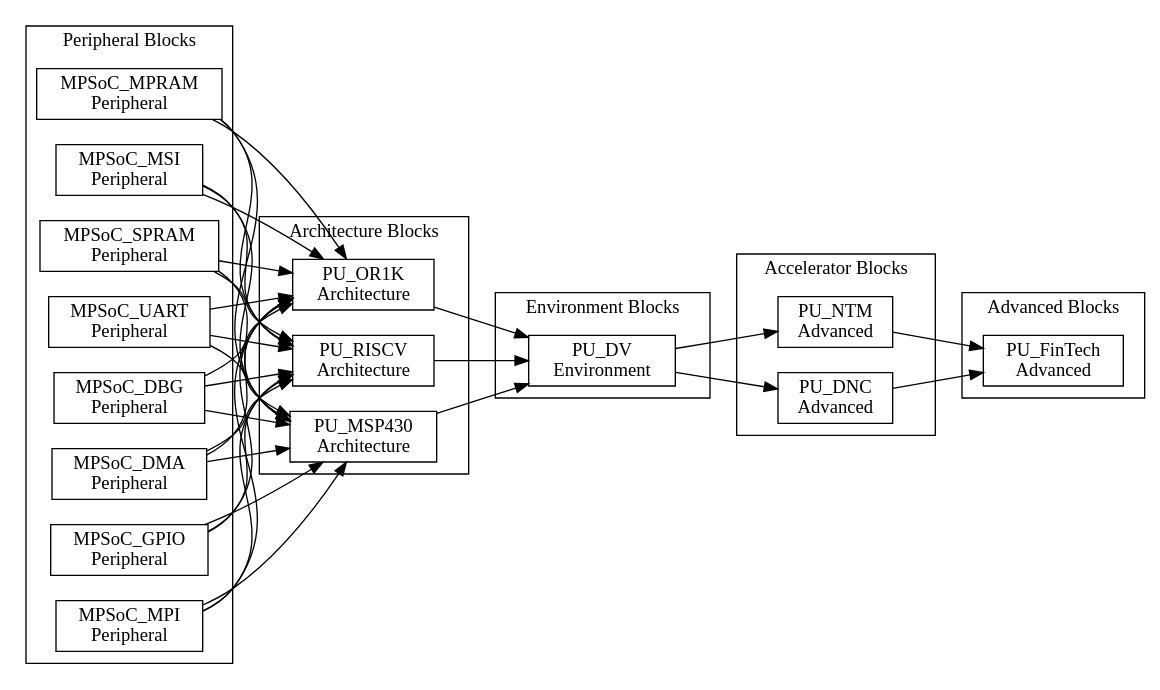
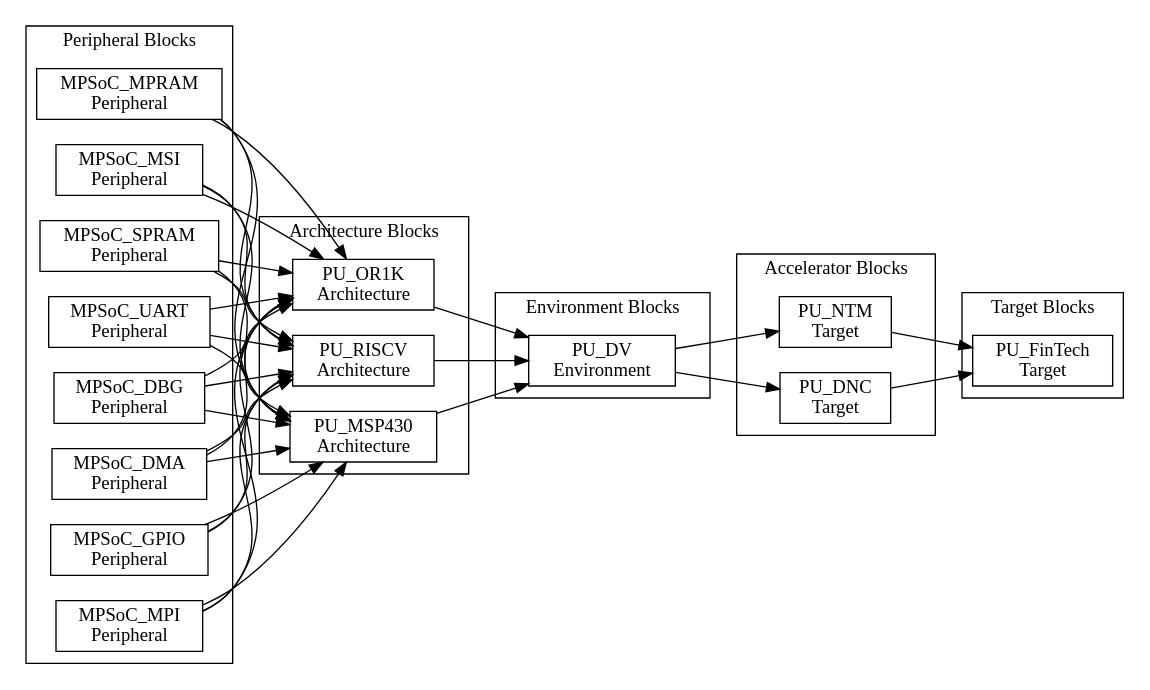
One commit to PacoReinaCampo/SoC-RTOS changed the diagram in doc/book/assets/chapter4/dependences-pu-fintech.dot. Above: the diagram before and after it, drawn with Graphviz. The commit also changed 244 other files, not shown here.

```diff
--- a/doc/book/assets/chapter4/dependences-pu-fintech.dot
+++ b/doc/book/assets/chapter4/dependences-pu-fintech.dot
@@ -1,80 +1,80 @@
 digraph Project {
   // Introduction
   graph [rankdir = LR];
   node[shape=record];
 
   // Peripheral Blocks
   subgraph "cluster PeripheralBlocks" { label = "Peripheral Blocks";
     MPSoC_DBG[label="MPSoC_DBG \nPeripheral"];
     MPSoC_DMA[label="MPSoC_DMA \nPeripheral"];
     MPSoC_GPIO[label="MPSoC_GPIO \nPeripheral"];
     MPSoC_MPI[label="MPSoC_MPI \nPeripheral"];
     MPSoC_MPRAM[label="MPSoC_MPRAM \nPeripheral"];
     MPSoC_MSI[label="MPSoC_MSI \nPeripheral"];
     MPSoC_SPRAM[label="MPSoC_SPRAM \nPeripheral"];
     MPSoC_UART[label="MPSoC_UART \nPeripheral"];
   }
 
   // Architecture Blocks
   subgraph "cluster ArchitectureBlocks" { label = "Architecture Blocks";
     PU_MSP430[label="PU_MSP430 \nArchitecture"];
     PU_OR1K[label="PU_OR1K \nArchitecture"];
     PU_RISCV[label="PU_RISCV \nArchitecture"];
   }
 
   // Environment Blocks
   subgraph "cluster EnvironmentBlocks" { label = "Environment Blocks";
     PU_DV[label="PU_DV \nEnvironment"];
   }
 
   // Accelerator Blocks
   subgraph "cluster AcceleratorBlocks" { label = "Accelerator Blocks";
-    PU_NTM[label="PU_NTM \nAdvanced"];
-    PU_DNC[label="PU_DNC \nAdvanced"];
+    PU_NTM[label="PU_NTM \nTarget"];
+    PU_DNC[label="PU_DNC \nTarget"];
   }
 
-  // Advanced Blocks
-  subgraph "cluster AdvancedBlocks" { label = "Advanced Blocks";
-    PU_FinTech[label="PU_FinTech \nAdvanced"];
+  // Target Blocks
+  subgraph "cluster TargetBlocks" { label = "Target Blocks";
+    PU_FinTech[label="PU_FinTech \nTarget"];
   }
 
   MPSoC_DBG -> PU_MSP430;
   MPSoC_DMA -> PU_MSP430;
   MPSoC_GPIO -> PU_MSP430;
   MPSoC_MPI -> PU_MSP430;
   MPSoC_MPRAM -> PU_MSP430;
   MPSoC_MSI -> PU_MSP430;
   MPSoC_SPRAM -> PU_MSP430;
   MPSoC_UART -> PU_MSP430;
 
   MPSoC_DBG -> PU_OR1K;
   MPSoC_DMA -> PU_OR1K;
   MPSoC_GPIO -> PU_OR1K;
   MPSoC_MPI -> PU_OR1K;
   MPSoC_MPRAM -> PU_OR1K;
   MPSoC_MSI -> PU_OR1K;
   MPSoC_SPRAM -> PU_OR1K;
   MPSoC_UART -> PU_OR1K;
 
   MPSoC_DBG -> PU_RISCV;
   MPSoC_DMA -> PU_RISCV;
   MPSoC_GPIO -> PU_RISCV;
   MPSoC_MPI -> PU_RISCV;
   MPSoC_MPRAM -> PU_RISCV;
   MPSoC_MSI -> PU_RISCV;
   MPSoC_SPRAM -> PU_RISCV;
   MPSoC_UART -> PU_RISCV;
 
   // Architecture -> Environment
   PU_MSP430 -> PU_DV;
   PU_OR1K -> PU_DV;
   PU_RISCV -> PU_DV;
 
   // Environment -> Accelerator
   PU_DV -> PU_NTM;
   PU_DV -> PU_DNC;
 
-  // Accelerator -> Advanced
+  // Accelerator -> Target
   PU_NTM -> PU_FinTech;
   PU_DNC -> PU_FinTech;
 }
```
